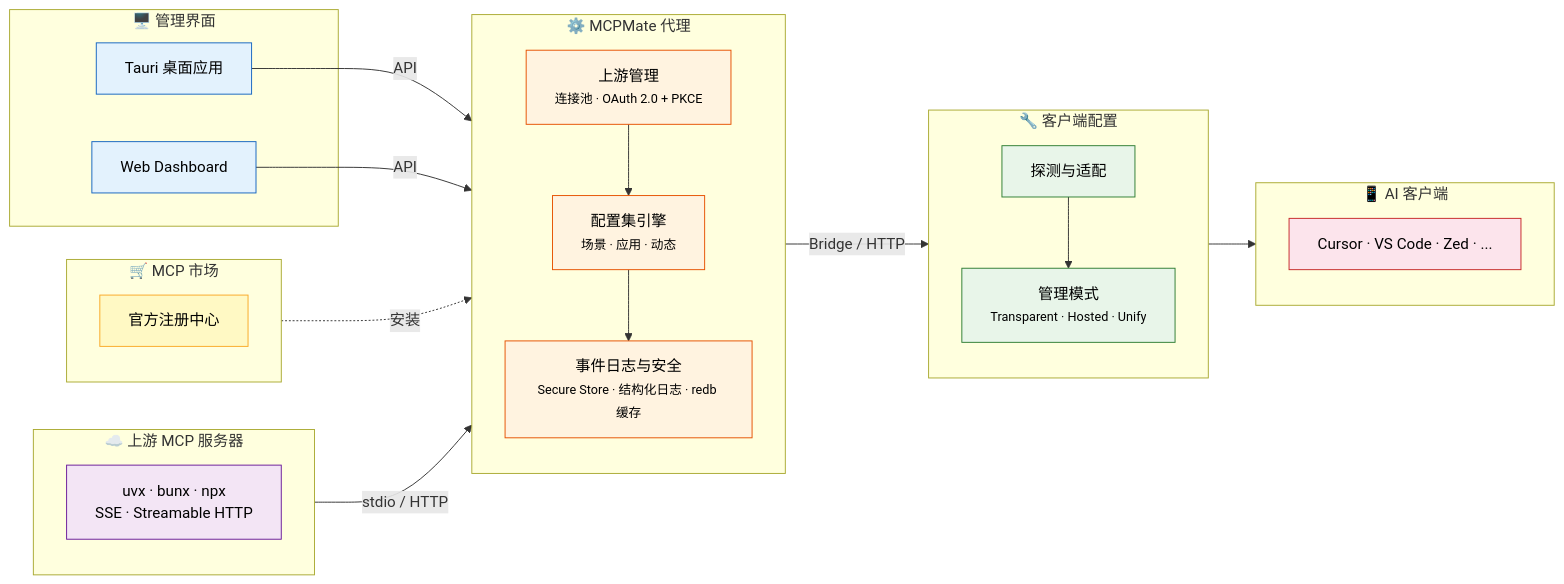
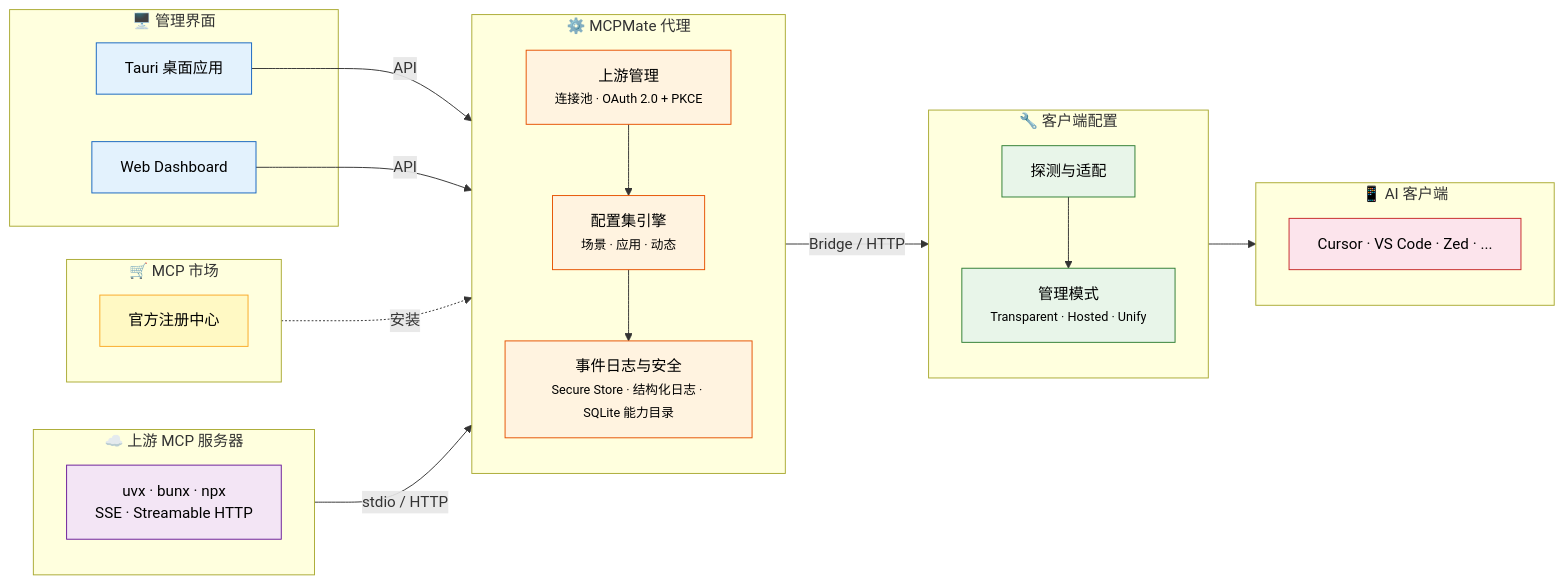
The diagram in README_CN.md (loocor/mcpmate), drawn with Mermaid before and after one commit. The commit also changed other lines of this file and 5 other files, not shown here.

First line of the commit message:
docs: replace redb references with the SQLite capability catalog

````diff
--- a/README_CN.md
+++ b/README_CN.md
@@ -82,55 +82,55 @@
 ```mermaid
 flowchart LR
     subgraph mgmt ["🖥️ 管理界面"]
         APP["Tauri 桌面应用"]
         DASH["Web Dashboard"]
     end
 
     subgraph proxy ["⚙️ MCPMate 代理"]
         direction TB
         UP["上游管理<br/><small>连接池 · OAuth 2.0 + PKCE</small>"]
         PROF["配置集引擎<br/><small>场景 · 应用 · 动态</small>"]
-        SEC["事件日志与安全<br/><small>Secure Store · 结构化日志 · redb 缓存</small>"]
+        SEC["事件日志与安全<br/><small>Secure Store · 结构化日志 · SQLite 能力目录</small>"]
         UP --> PROF --> SEC
     end
 
     subgraph cfg ["🔧 客户端配置"]
         direction TB
         DET["探测与适配"]
         MODES["管理模式<br/><small>Transparent · Hosted · Unify</small>"]
         DET --> MODES
     end
 
     subgraph clients ["📱 AI 客户端"]
         C["Cursor · VS Code · Zed · ..."]
     end
 
     subgraph upstream ["☁️ 上游 MCP 服务器"]
         S["uvx · bunx · npx<br/>SSE · Streamable HTTP"]
     end
 
     subgraph market ["🛒 MCP 市场"]
         M["官方注册中心"]
     end
 
     APP -->|"API"| proxy
     DASH -->|"API"| proxy
     market -.->|"安装"| proxy
     upstream -->|"stdio / HTTP"| proxy
     proxy -->|"Bridge / HTTP"| cfg
     MODES --> clients
 
     classDef mgmt fill:#e3f2fd,stroke:#1565c0,color:#000
     classDef proxy fill:#fff3e0,stroke:#e65100,color:#000
     classDef cfg fill:#e8f5e9,stroke:#2e7d32,color:#000
     classDef clients fill:#fce4ec,stroke:#c62828,color:#000
     classDef upstream fill:#f3e5f5,stroke:#6a1b9a,color:#000
     classDef market fill:#fff9c4,stroke:#f9a825,color:#000
 
     class APP,DASH mgmt
     class UP,PROF,SEC proxy
     class DET,MODES cfg
     class C clients
     class S upstream
     class M market
 ```
````
